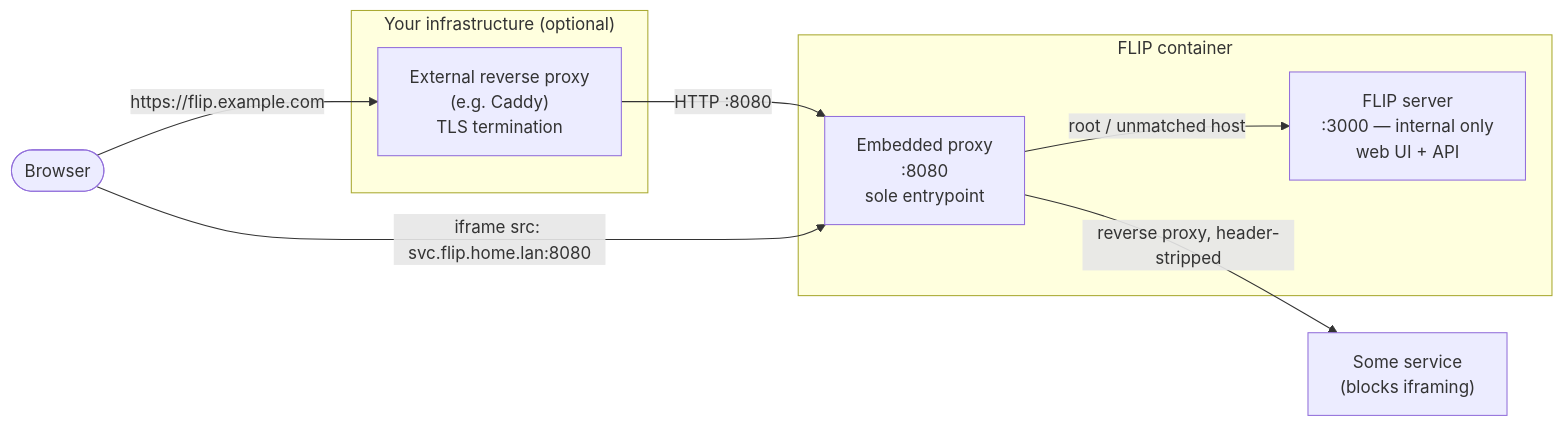
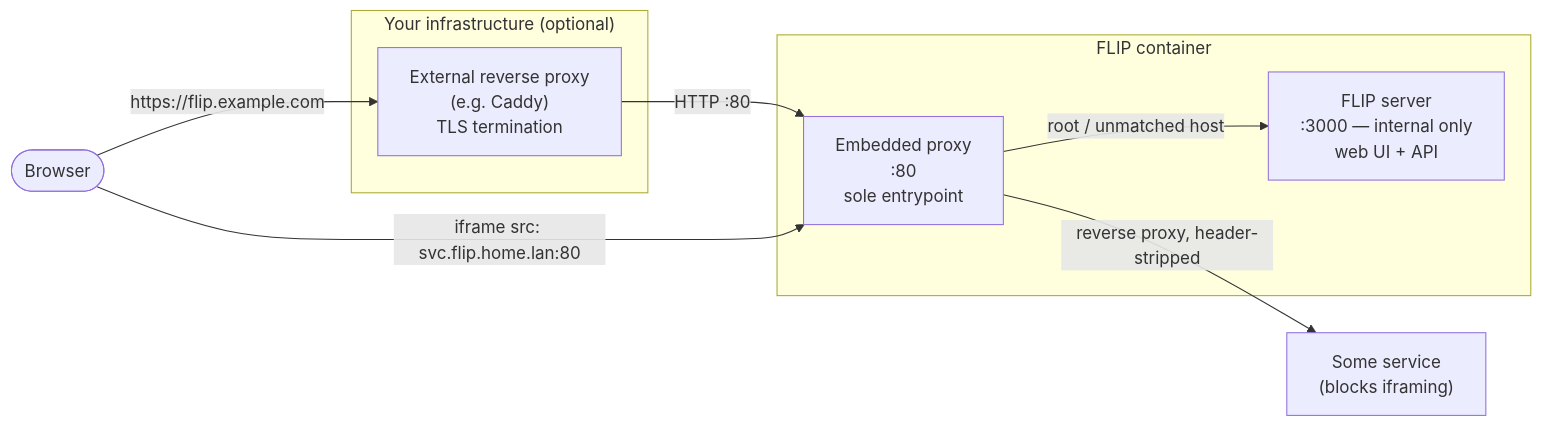
One commit to damianpokorski/flip changed the diagram in README.md. Above: the diagram before and after it, drawn with Mermaid. The commit also changed other lines of this file and 10 other files, not shown here.

````diff
--- a/README.md
+++ b/README.md
@@ -59,21 +59,21 @@
 ```mermaid
 flowchart LR
     Browser(["Browser"])
 
     subgraph ext["Your infrastructure (optional)"]
         ExtProxy["External reverse proxy\n(e.g. Caddy)\nTLS termination"]
     end
 
     subgraph flip["FLIP container"]
-        EmbProxy["Embedded proxy\n:8080\nsole entrypoint"]
+        EmbProxy["Embedded proxy\n:80\nsole entrypoint"]
         Server["FLIP server\n:3000 — internal only\nweb UI + API"]
         EmbProxy -- "root / unmatched host" --> Server
     end
 
     SvcBlocked["Some service\n(blocks iframing)"]
 
     Browser -- "https://flip.example.com" --> ExtProxy
-    ExtProxy -- "HTTP :8080" --> EmbProxy
-    Browser -- "iframe src: svc.flip.home.lan:8080" --> EmbProxy
+    ExtProxy -- "HTTP :80" --> EmbProxy
+    Browser -- "iframe src: svc.flip.home.lan:80" --> EmbProxy
     EmbProxy -- "reverse proxy, header-stripped" --> SvcBlocked
 ```
````
